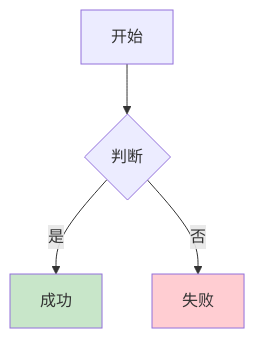
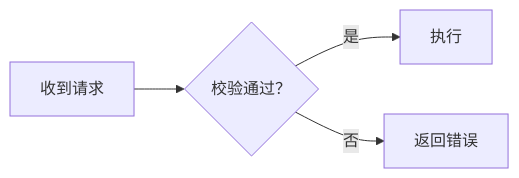
One commit to Cypher-hey/footprint changed the first of 3 diagrams in docs/MERMAID_SPEC.md. Above: the diagram before and after it, drawn with Mermaid. The commit also changed other lines of this file and 12 other files, not shown here.

````diff
--- a/docs/MERMAID_SPEC.md
+++ b/docs/MERMAID_SPEC.md
@@ -24,8 +14,6 @@
 ```mermaid
-graph TB
-A[开始] --> B{判断}
-B -->|是 | C[成功]
-B -->|否 | D[失败]
-style C fill:#c8e6c9
-style D fill:#ffcdd2
+flowchart LR
+    A["收到请求"] --> B{"校验通过？"}
+    B -->|是| C["执行"]
+    B -->|否| D["返回错误"]
 ```
````
